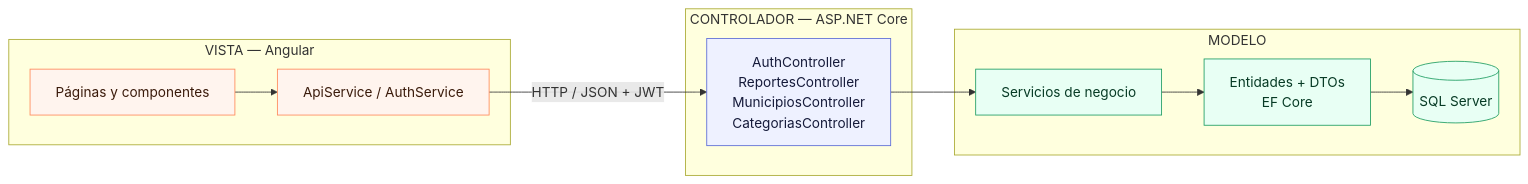
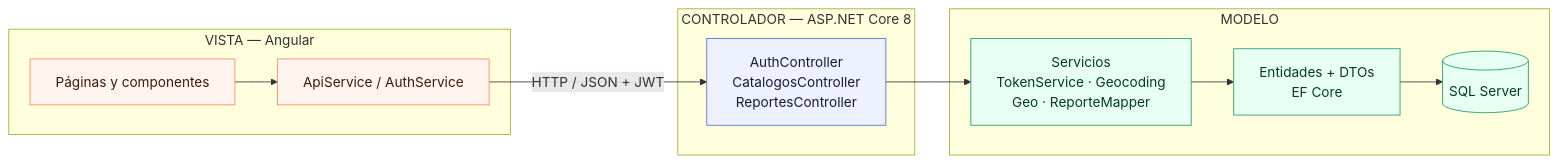
One commit to sergionieto1604/caminoSeguro changed the second of 2 diagrams in docs/01-arquitectura-y-decisiones.md. Above: the diagram before and after it, drawn with Mermaid. The commit also changed other lines of this file and 26 other files, not shown here.

Commit message:
Docs v1.1 alineados con el back real (.NET 8, PBKDF2, 6 categorias), Word en docs/entregables y alias 3-30

````diff
--- a/docs/01-arquitectura-y-decisiones.md
+++ b/docs/01-arquitectura-y-decisiones.md
@@ -74,19 +63,19 @@
 ```mermaid
 flowchart LR
     subgraph V["VISTA — Angular"]
         P["Páginas y componentes"] --> SV["ApiService / AuthService"]
     end
-    subgraph C["CONTROLADOR — ASP.NET Core"]
-        CT["AuthController<br/>ReportesController<br/>MunicipiosController<br/>CategoriasController"]
+    subgraph C["CONTROLADOR — ASP.NET Core 8"]
+        CT["AuthController<br/>CatalogosController<br/>ReportesController"]
     end
     subgraph M["MODELO"]
-        SR["Servicios de negocio"] --> EN["Entidades + DTOs<br/>EF Core"] --> DB[("SQL Server")]
+        SR["Servicios<br/>TokenService · Geocoding<br/>Geo · ReporteMapper"] --> EN["Entidades + DTOs<br/>EF Core"] --> DB[("SQL Server")]
     end
     SV -- "HTTP / JSON + JWT" --> CT --> SR
     classDef v fill:#fff4ee,stroke:#ff8a5b,color:#3a1a0a
     classDef c fill:#eef1ff,stroke:#5b6bd6,color:#151a3a
     classDef m fill:#e8fff4,stroke:#1f9d63,color:#073b25
     class P,SV v
     class CT c
     class SR,EN,DB m
 ```
````
